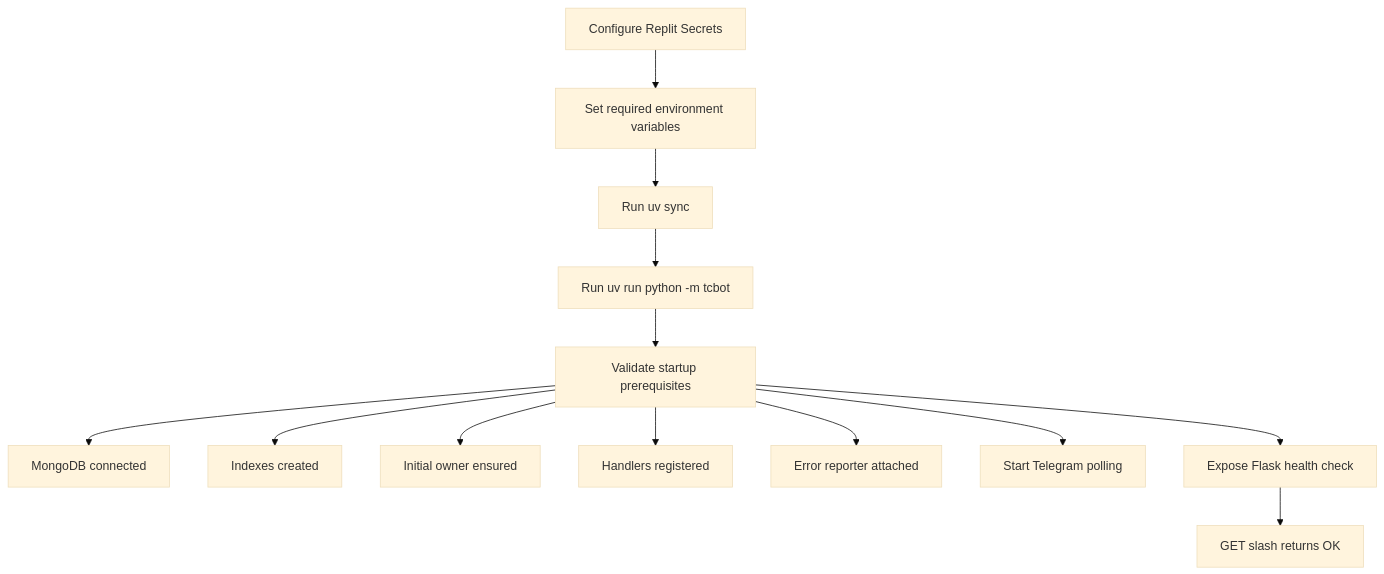
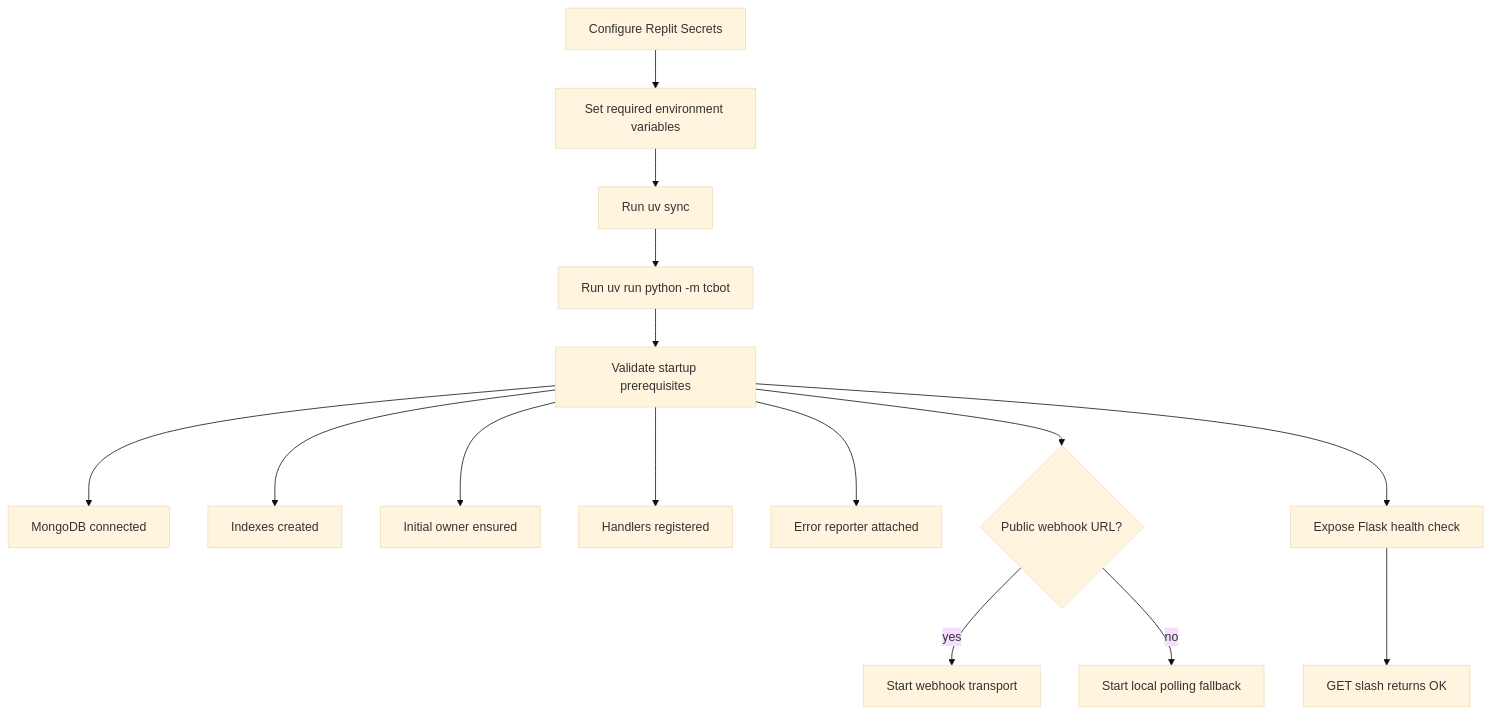
One commit to D1ZZY4/tcbot changed the diagram in replit.md. Above: the diagram before and after it, drawn with Mermaid (base theme). The commit also changed other lines of this file and 27 other files, not shown here.

````diff
--- a/replit.md
+++ b/replit.md
@@ -97,15 +97,17 @@
 ```mermaid
 flowchart TD
     Secrets[Configure Replit Secrets] --> Env[Set required environment variables]
     Env --> Sync[Run uv sync]
     Sync --> Start[Run uv run python -m tcbot]
     Start --> Ready[Validate startup prerequisites]
     Ready --> Mongo[MongoDB connected]
     Ready --> Indexes[Indexes created]
     Ready --> Owner[Initial owner ensured]
     Ready --> Handlers[Handlers registered]
     Ready --> Reporter[Error reporter attached]
-    Ready --> Polling[Start Telegram polling]
+    Ready --> Transport{Public webhook URL?}
+    Transport -->|yes| Webhook[Start webhook transport]
+    Transport -->|no| Polling[Start local polling fallback]
     Ready --> Health[Expose Flask health check]
     Health --> Ok[GET slash returns OK]
 ```
````
